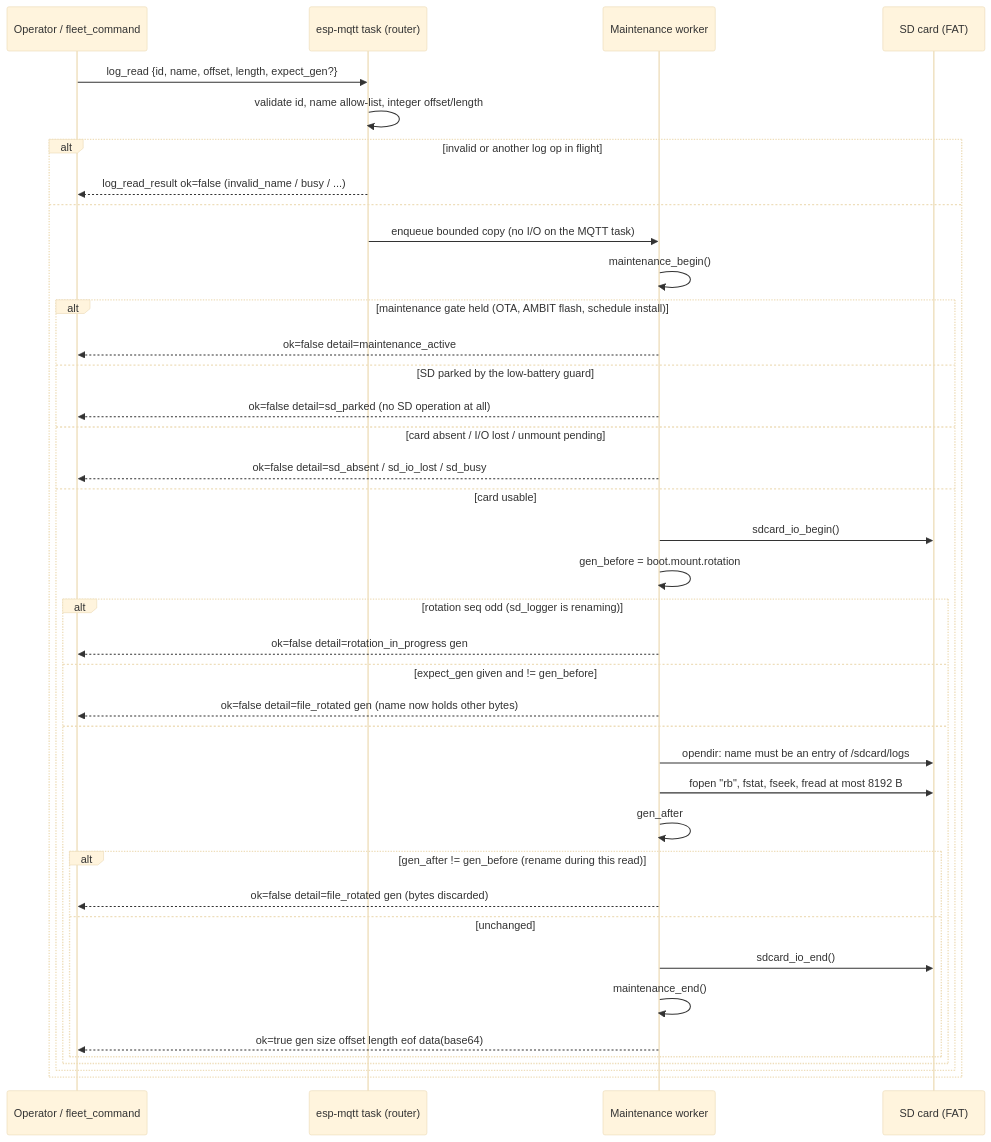
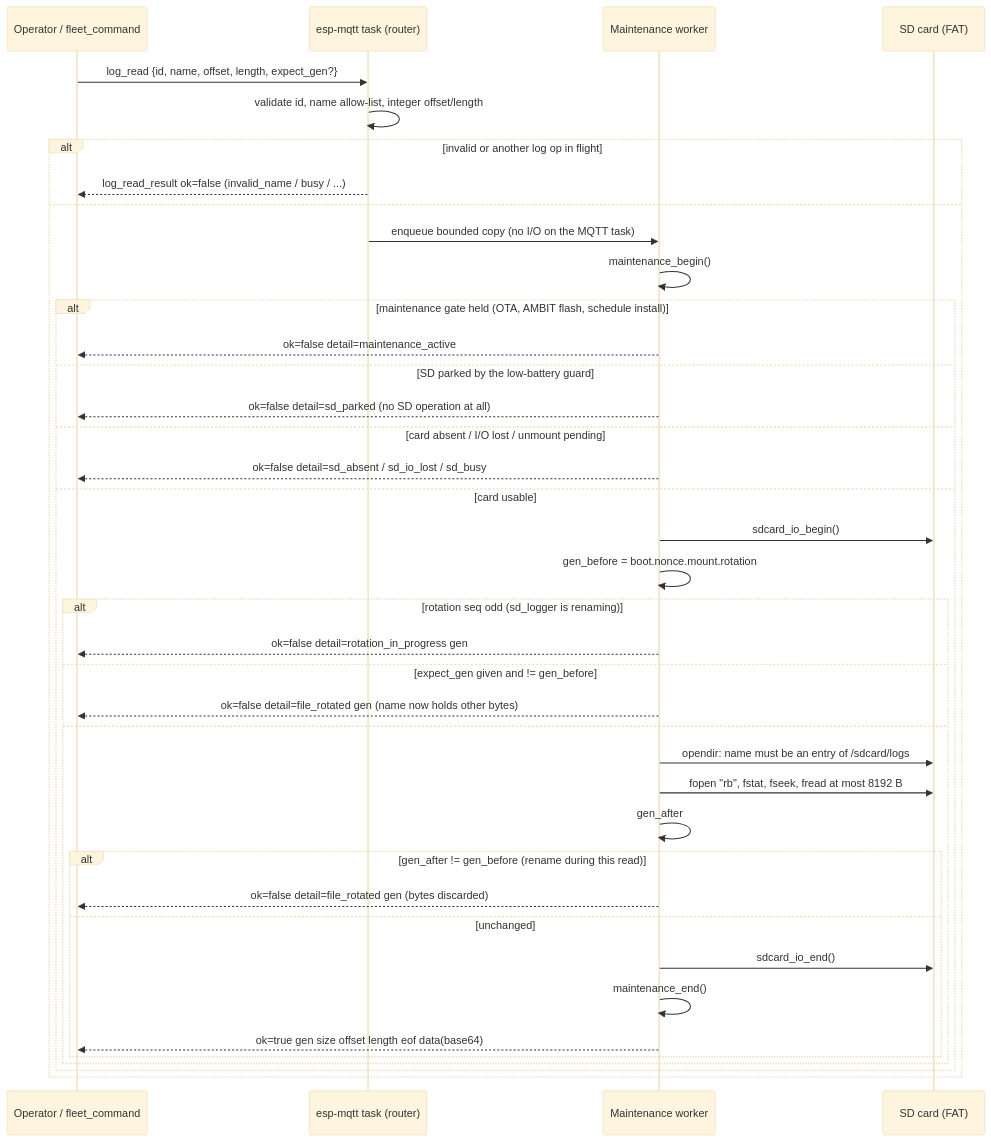
Before and after one commit to Jan-IngenHousz-Institute/ambyte-iot: the third of 3 diagrams in docs/remote-diagnostics.md, drawn with Mermaid (base theme). The commit also changed other lines of this file and 1 other file, not shown here.

Commit message:
docs(diagnostics): document the boot nonce, short_read, formatter bounds and --expect-gen stitching

````diff
--- a/docs/remote-diagnostics.md
+++ b/docs/remote-diagnostics.md
@@ -231,41 +242,41 @@
 ```mermaid
 sequenceDiagram
     participant O as Operator / fleet_command
     participant M as esp-mqtt task (router)
     participant W as Maintenance worker
     participant S as SD card (FAT)
     O->>M: log_read {id, name, offset, length, expect_gen?}
     M->>M: validate id, name allow-list, integer offset/length
     alt invalid or another log op in flight
         M-->>O: log_read_result ok=false (invalid_name / busy / ...)
     else
         M->>W: enqueue bounded copy (no I/O on the MQTT task)
         W->>W: maintenance_begin()
         alt maintenance gate held (OTA, AMBIT flash, schedule install)
             W-->>O: ok=false detail=maintenance_active
         else SD parked by the low-battery guard
             W-->>O: ok=false detail=sd_parked (no SD operation at all)
         else card absent / I/O lost / unmount pending
             W-->>O: ok=false detail=sd_absent / sd_io_lost / sd_busy
         else card usable
             W->>S: sdcard_io_begin()
-            W->>W: gen_before = boot.mount.rotation
+            W->>W: gen_before = boot.nonce.mount.rotation
             alt rotation seq odd (sd_logger is renaming)
                 W-->>O: ok=false detail=rotation_in_progress gen
             else expect_gen given and != gen_before
                 W-->>O: ok=false detail=file_rotated gen (name now holds other bytes)
             else
                 W->>S: opendir: name must be an entry of /sdcard/logs
                 W->>S: fopen "rb", fstat, fseek, fread at most 8192 B
                 W->>W: gen_after
                 alt gen_after != gen_before (rename during this read)
                     W-->>O: ok=false detail=file_rotated gen (bytes discarded)
                 else unchanged
                     W->>S: sdcard_io_end()
                     W->>W: maintenance_end()
                     W-->>O: ok=true gen size offset length eof data(base64)
                 end
             end
         end
     end
 ```
````
